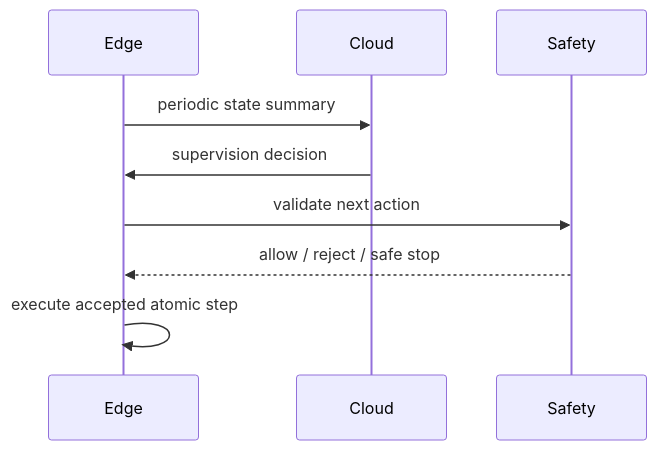
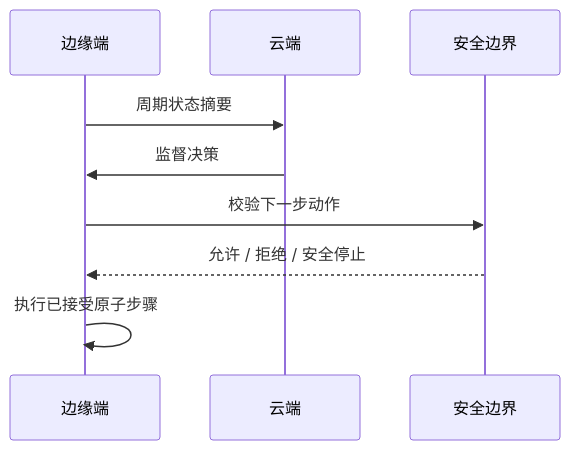
The second of 6 diagrams in docs/architecture.md (ningyd98/BIG-small), drawn with Mermaid before and after one commit. The commit also changed other lines of this file and 154 other files, not shown here.

````diff
--- a/docs/architecture.md
+++ b/docs/architecture.md
@@ -42,11 +42,11 @@
 ```mermaid
 sequenceDiagram
-  participant Edge
-  participant Cloud
-  participant Safety
-  Edge->>Cloud: periodic state summary
-  Cloud->>Edge: supervision decision
-  Edge->>Safety: validate next action
-  Safety-->>Edge: allow / reject / safe stop
-  Edge->>Edge: execute accepted atomic step
+  participant Edge as 边缘端
+  participant Cloud as 云端
+  participant Safety as 安全边界
+  Edge->>Cloud: 周期状态摘要
+  Cloud->>Edge: 监督决策
+  Edge->>Safety: 校验下一步动作
+  Safety-->>Edge: 允许 / 拒绝 / 安全停止
+  Edge->>Edge: 执行已接受原子步骤
 ```
````
